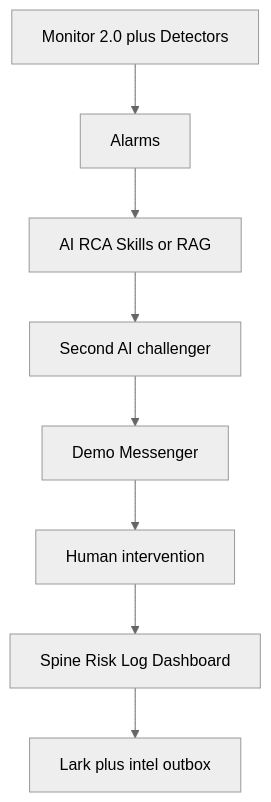
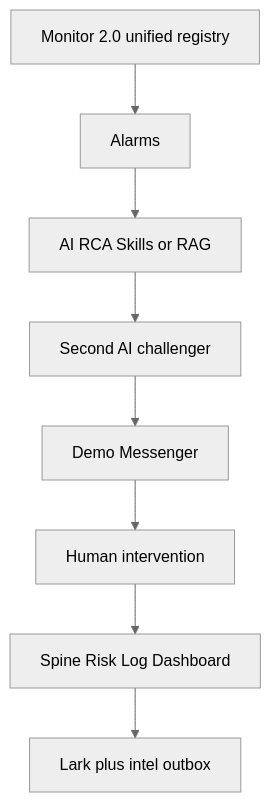
Before and after one commit to hxyan2020/PRD: the first of 6 diagrams in platform/docs/TSD.md, drawn with Mermaid (neutral theme). The commit also changed other lines of this file and 3 other files, not shown here.

````diff
--- a/platform/docs/TSD.md
+++ b/platform/docs/TSD.md
@@ -45,10 +45,10 @@
 ```mermaid
 graph TD
-  Mon[Monitor 2.0 plus Detectors] --> Alarm[Alarms]
+  Mon[Monitor 2.0 unified registry] --> Alarm[Alarms]
   Alarm --> Rca[AI RCA Skills or RAG]
   Rca --> Ch[Second AI challenger]
   Ch --> Msg[Demo Messenger]
   Msg --> Gate[Human intervention]
   Gate --> Spine[Spine Risk Log Dashboard]
   Spine --> Out[Lark plus intel outbox]
 ```
````
